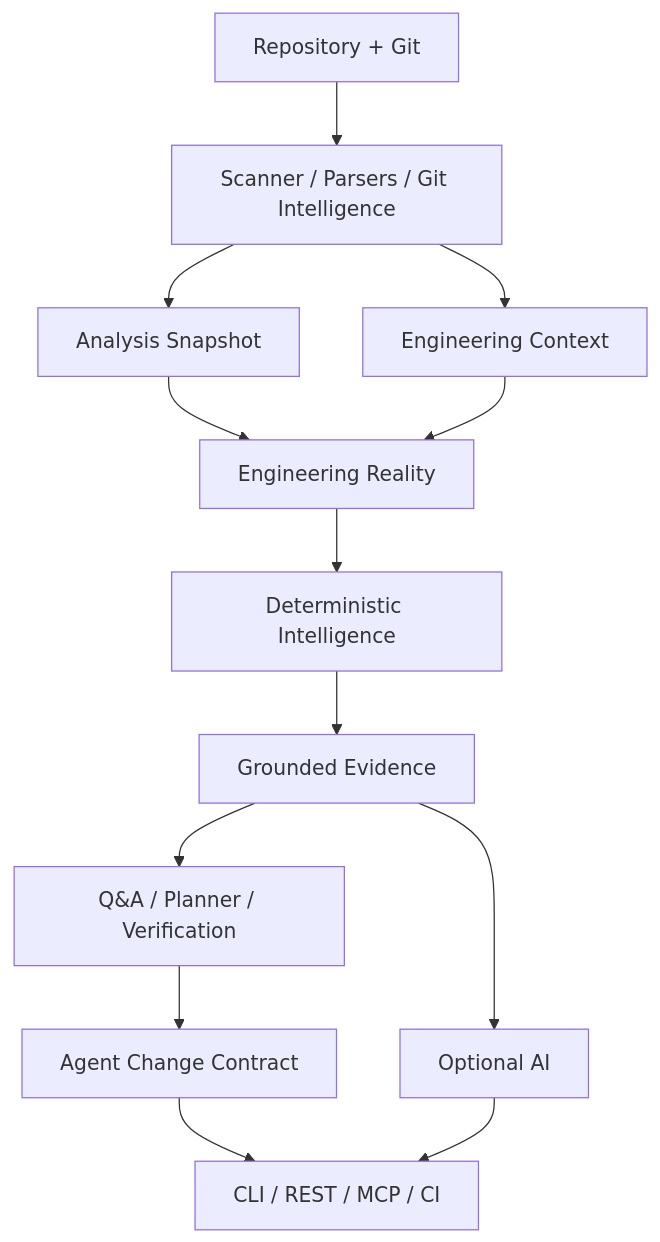
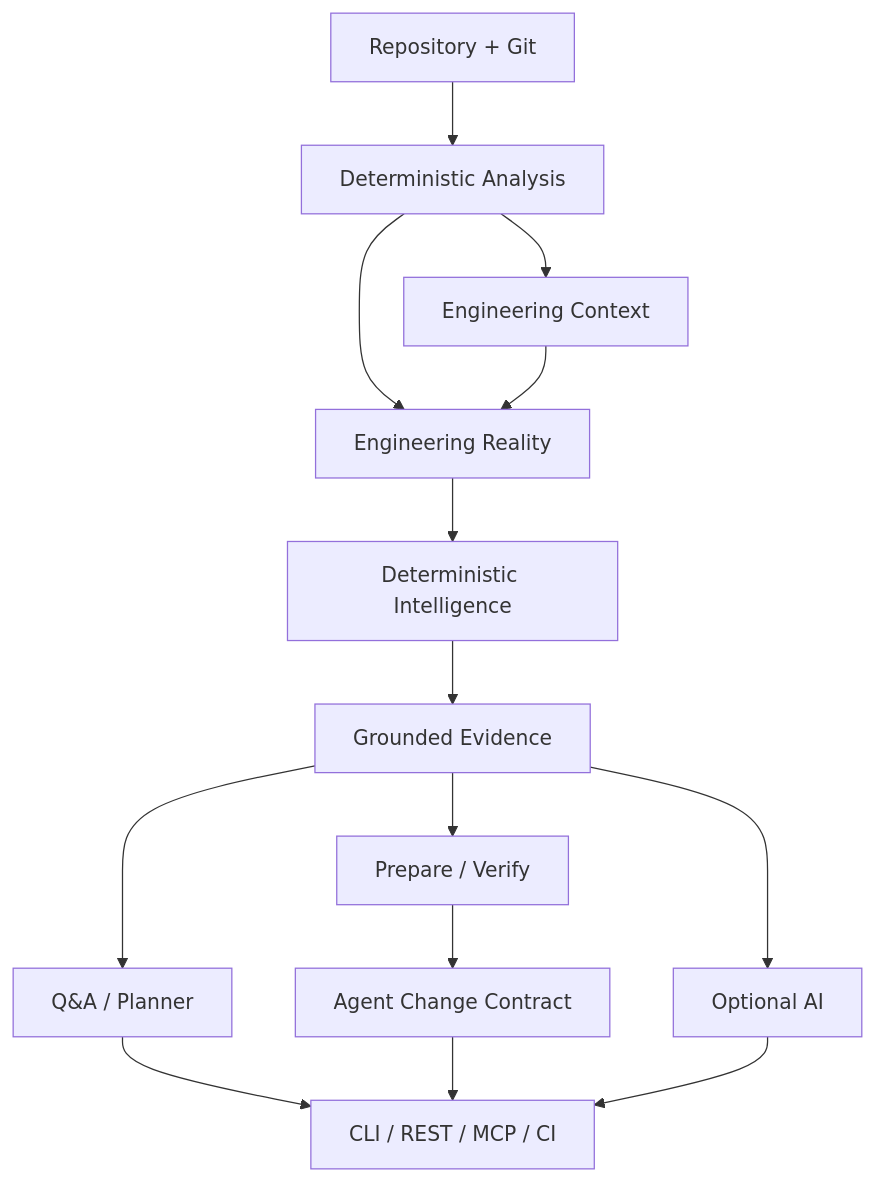
The diagram in README.md (sonii-shivansh/CodeContext), drawn with Mermaid before and after one commit. The commit also changed other lines of this file, not shown here.

````diff
--- a/README.md
+++ b/README.md
@@ -177,15 +186,16 @@
 ```mermaid
 flowchart TD
-    A[Repository + Git] --> B[Scanner / Parsers / Git Intelligence]
-    B --> C[Analysis Snapshot]
-    B --> D[Engineering Context]
-    C --> E[Engineering Reality]
-    D --> E
-    E --> F[Deterministic Intelligence]
-    F --> G[Grounded Evidence]
-    G --> H[Q&A / Planner / Verification]
-    H --> I[Agent Change Contract]
-    I --> J[CLI / REST / MCP / CI]
-    G --> K[Optional AI]
-    K --> J
+    R[Repository + Git] --> A[Deterministic Analysis]
+    A --> C[Engineering Context]
+    A --> E[Engineering Reality]
+    C --> E
+    E --> I[Deterministic Intelligence]
+    I --> G[Grounded Evidence]
+    G --> Q[Q&A / Planner]
+    G --> V[Prepare / Verify]
+    V --> K[Agent Change Contract]
+    Q --> X[CLI / REST / MCP / CI]
+    K --> X
+    G --> AI[Optional AI]
+    AI --> X
 ```
````
